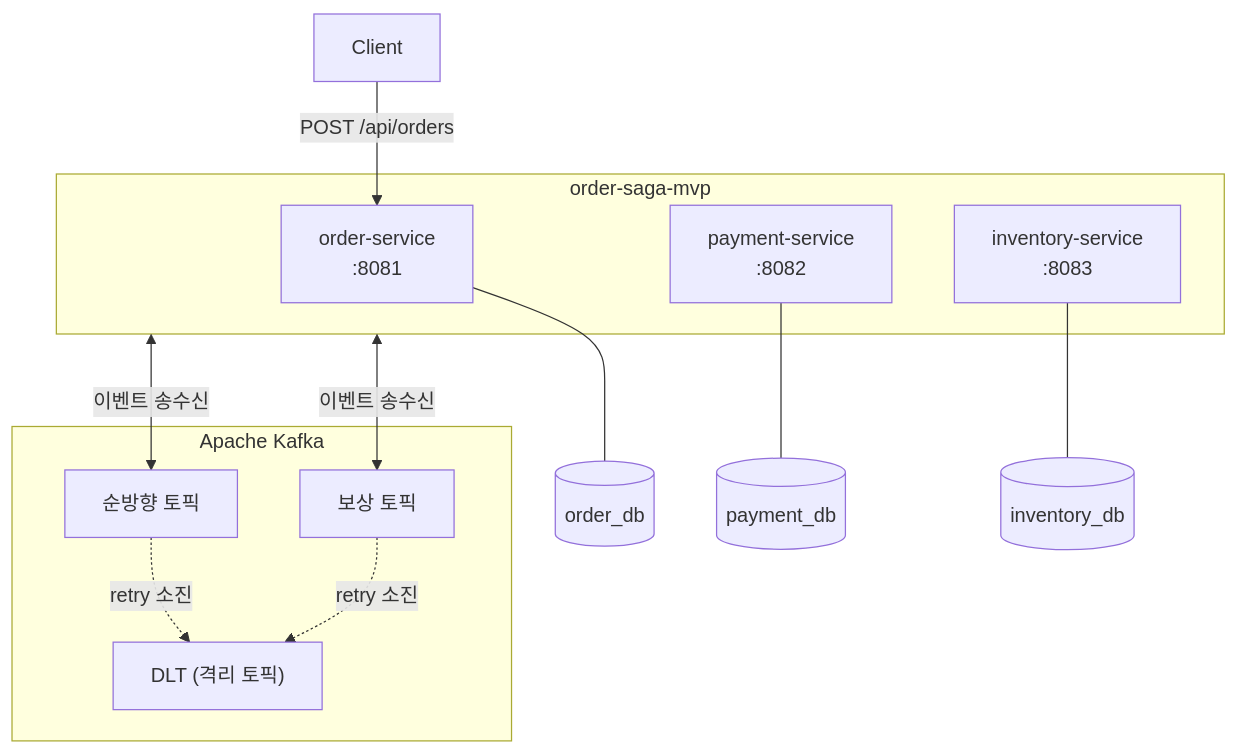
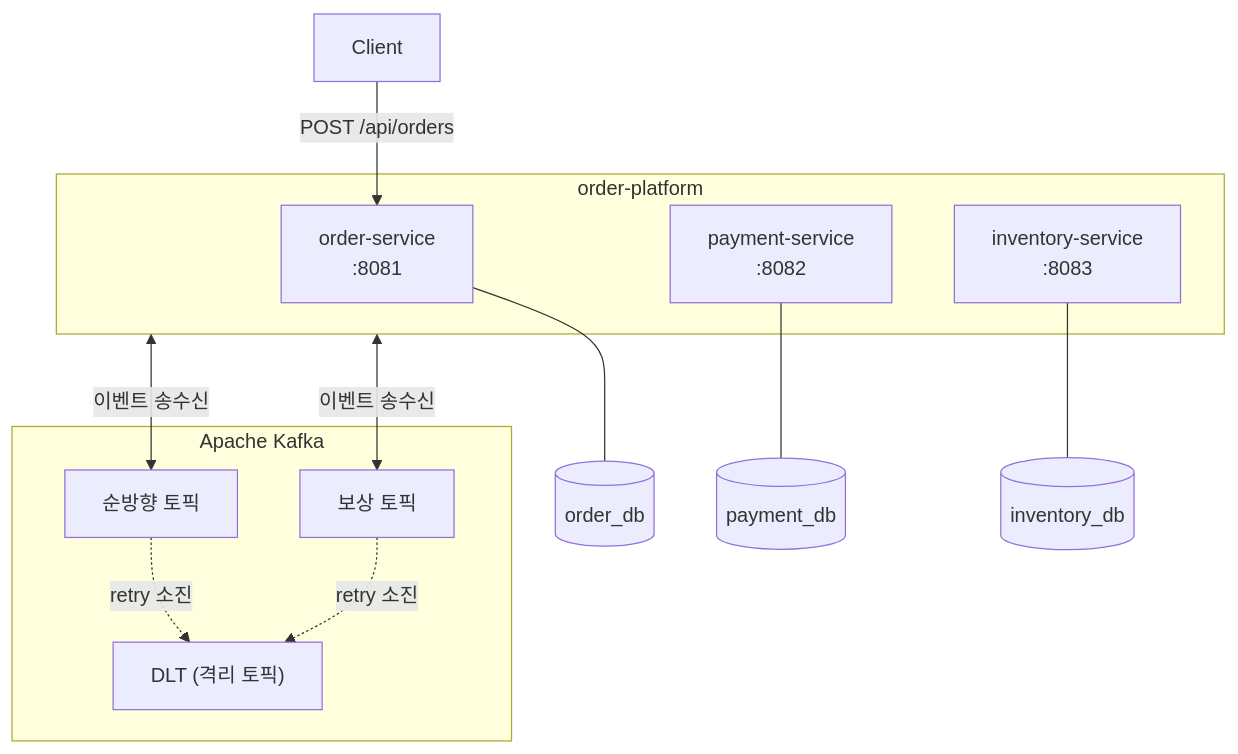
Before and after one commit to JuJin1324/order-platform: the first of 3 diagrams in docs/architecture/step2b/c4-container-structure.md, drawn with Mermaid. The commit also changed 8 other files, not shown here.

Commit message:
Refactor: rename project from order-saga-mvp to order-platform

````diff
--- a/docs/architecture/step2b/c4-container-structure.md
+++ b/docs/architecture/step2b/c4-container-structure.md
@@ -17,31 +17,31 @@
 ```mermaid
 graph TB
     Client["Client"]
 
-    subgraph System["order-saga-mvp"]
+    subgraph System["order-platform"]
         Order["order-service\n:8081"]
         Payment["payment-service\n:8082"]
         Inventory["inventory-service\n:8083"]
     end
 
     subgraph Kafka["Apache Kafka"]
         Forward["순방향 토픽"]
         Compensation["보상 토픽"]
         DLT["DLT (격리 토픽)"]
     end
 
     OrderDb[("order_db")]
     PaymentDb[("payment_db")]
     InventoryDb[("inventory_db")]
 
     Client -->|POST /api/orders| Order
 
     System <-->|이벤트 송수신| Forward
     System <-->|이벤트 송수신| Compensation
     Forward -. retry 소진 .-> DLT
     Compensation -. retry 소진 .-> DLT
 
     Order --- OrderDb
     Payment --- PaymentDb
     Inventory --- InventoryDb
 ```
````
